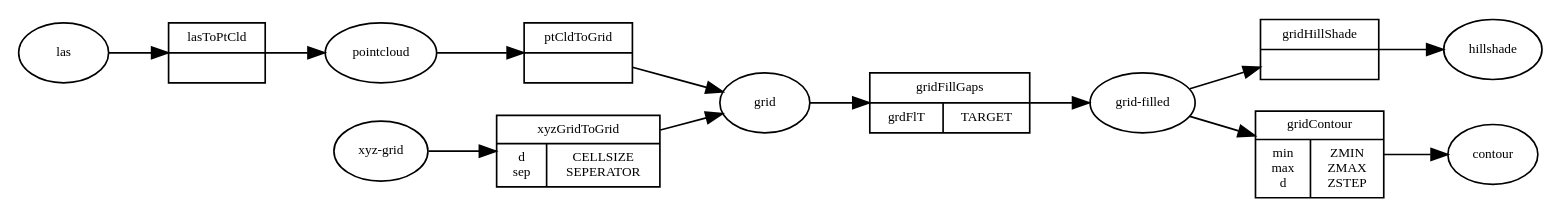
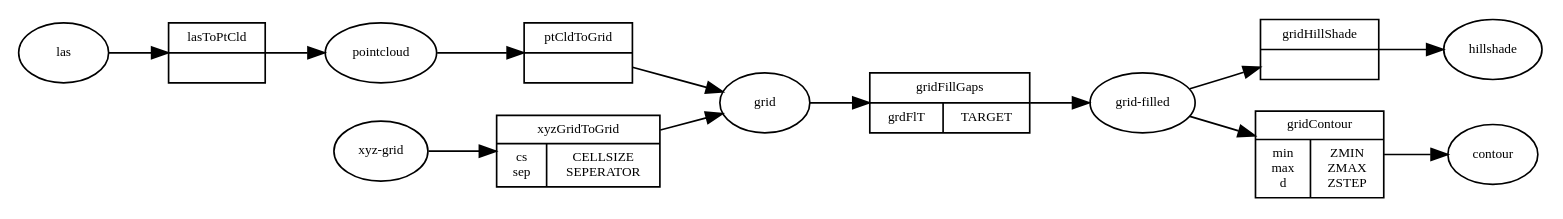
The diagram in README.org (michelk/saga-cmd.hs), drawn with Graphviz before and after one commit. The commit also changed 1 other file, not shown here.

Commit message:
fixed bug in chaining

```diff
--- a/README.org
+++ b/README.org
@@ -87,27 +87,27 @@
    #+BEGIN_SRC dot :exports results :results graphics :file doc/figures/chains.png :eval no-export
      digraph chains {
          graph [rankdir = LR]; 
          node [shape = ellipse, fontsize = 8];
 
          las [label = "las"];
          grd [label = "grid"];
          grdF [label = "grid-filled"];
          xyz [label = "xyz-grid"];
          cntr [label = "contour"];
          hls [label = "hillshade"];
          pt [label = "pointcloud"]
 
-         xyzGrid [shape = record, label = "xyzGridToGrid|{d\nsep|CELLSIZE\nSEPERATOR}"]
+         xyzGrid [shape = record, label = "xyzGridToGrid|{cs\nsep|CELLSIZE\nSEPERATOR}"]
          lasPt [shape = record, label = "lasToPtCld |"]
          ptGrd [shape = record, label = "ptCldToGrid|"]
          grdFl [shape = record, label = "gridFillGaps| {grdFlT |TARGET}"]
          grdHl [shape = record, label = "gridHillShade|"]
          grdCtl [shape = record, label = "gridContour| {min\nmax\nd |ZMIN\nZMAX\nZSTEP}"]
 
          las -> lasPt -> pt -> ptGrd -> grd;
          xyz -> xyzGrid -> grd ;
          grd -> grdFl -> grdF;
          grdF -> grdHl -> hls;
          grdF -> grdCtl -> cntr;
      }
    #+END_SRC
```
